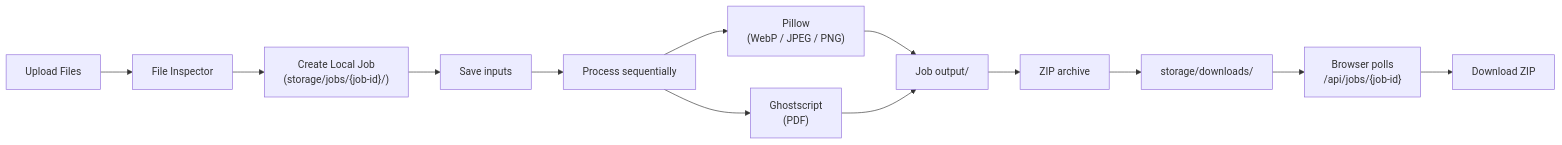
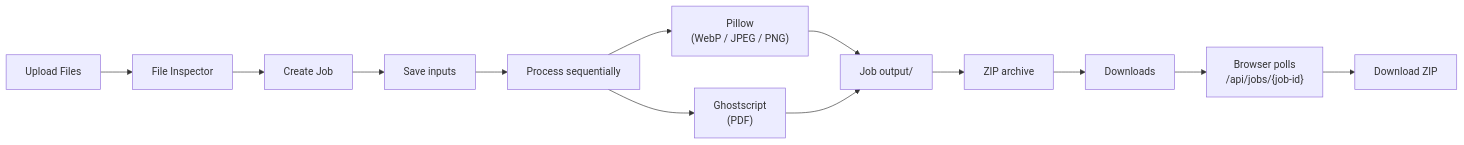
Before and after one commit to oyinlola-tech/lesser-remover: the third of 3 diagrams in README.md, drawn with Mermaid. The commit also changed other lines of this file, not shown here.

Commit message:
docs: update README with Vercel deployment and dual-mode architecture

````diff
--- a/README.md
+++ b/README.md
@@ -76,15 +79,15 @@
 ```mermaid
 flowchart LR
     Upload["Upload Files"] --> Inspector["File Inspector"]
-    Inspector --> Job["Create Local Job\n(storage/jobs/{job-id}/)"]
+    Inspector --> Job["Create Job"]
     Job --> SaveInput["Save inputs"]
     SaveInput --> Process["Process sequentially"]
     Process --> Image["Pillow\n(WebP / JPEG / PNG)"]
     Process --> PDF["Ghostscript\n(PDF)"]
     Image --> Output["Job output/"]
     PDF --> Output
     Output --> Zip["ZIP archive"]
-    Zip --> Downloads["storage/downloads/"]
+    Zip --> Downloads["Downloads"]
     Downloads --> Poll["Browser polls\n/api/jobs/{job-id}"]
     Poll --> DownloadZIP["Download ZIP"]
 ```
````
